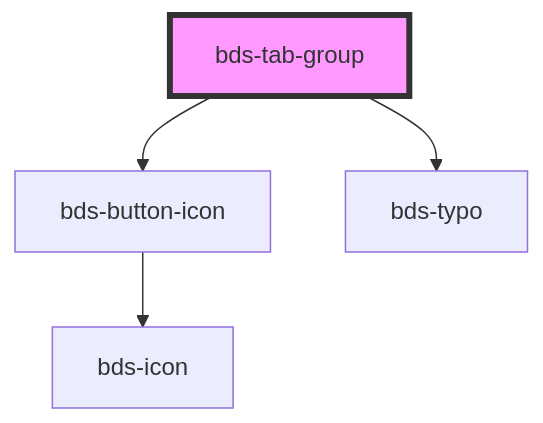
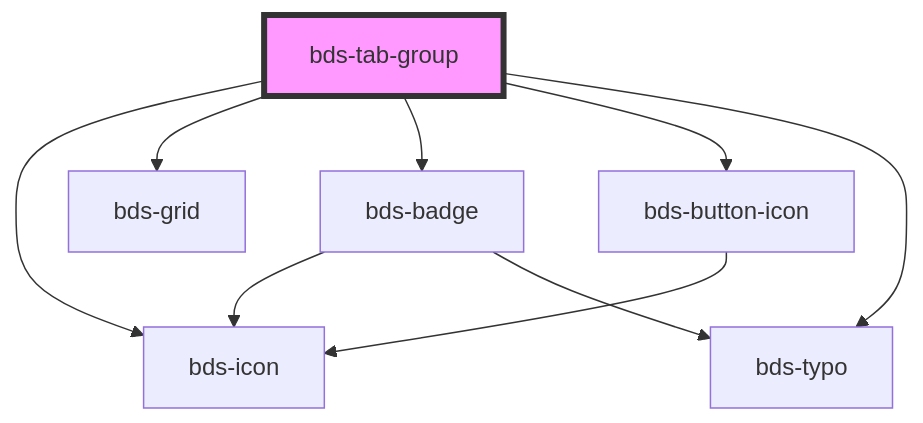
One commit to takenet/blip-ds changed the diagram in src/components/tabs/readme.md. Above: the diagram before and after it, drawn with Mermaid. The commit also changed other lines of this file and 10 other files, not shown here.

Commit message:
feat(tabs): added icon and badge on tabs header

````diff
--- a/src/components/tabs/readme.md
+++ b/src/components/tabs/readme.md
@@ -34,7 +37,12 @@
 ```mermaid
 graph TD;
+  bds-tab-group --> bds-icon
+  bds-tab-group --> bds-grid
+  bds-tab-group --> bds-badge
   bds-tab-group --> bds-button-icon
   bds-tab-group --> bds-typo
+  bds-badge --> bds-icon
+  bds-badge --> bds-typo
   bds-button-icon --> bds-icon
   style bds-tab-group fill:#f9f,stroke:#333,stroke-width:4px
 ```
````
